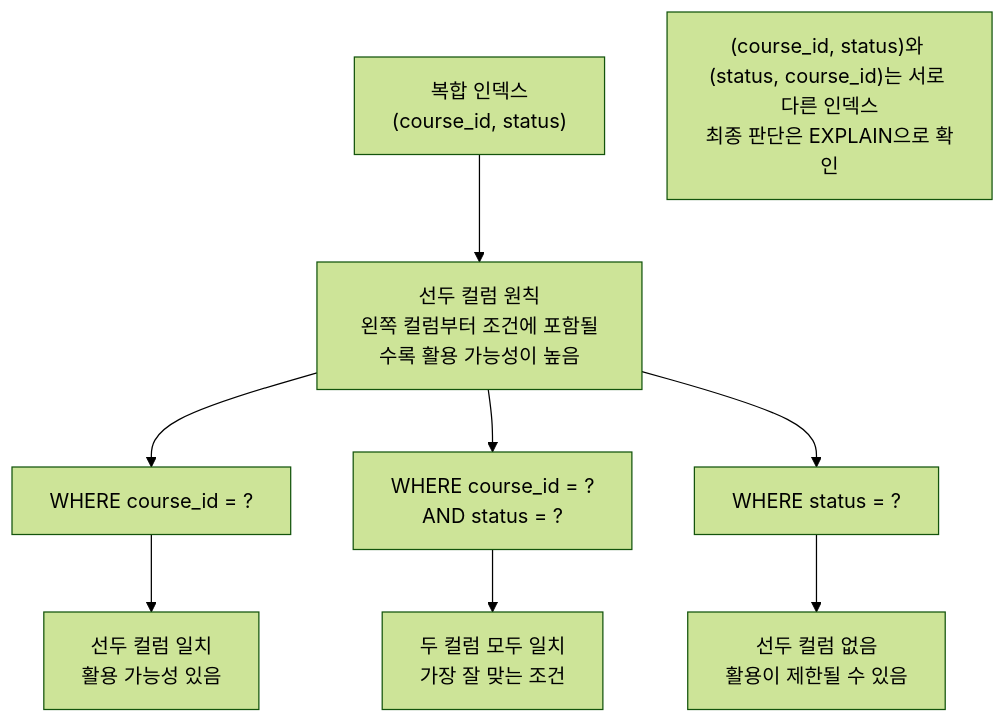
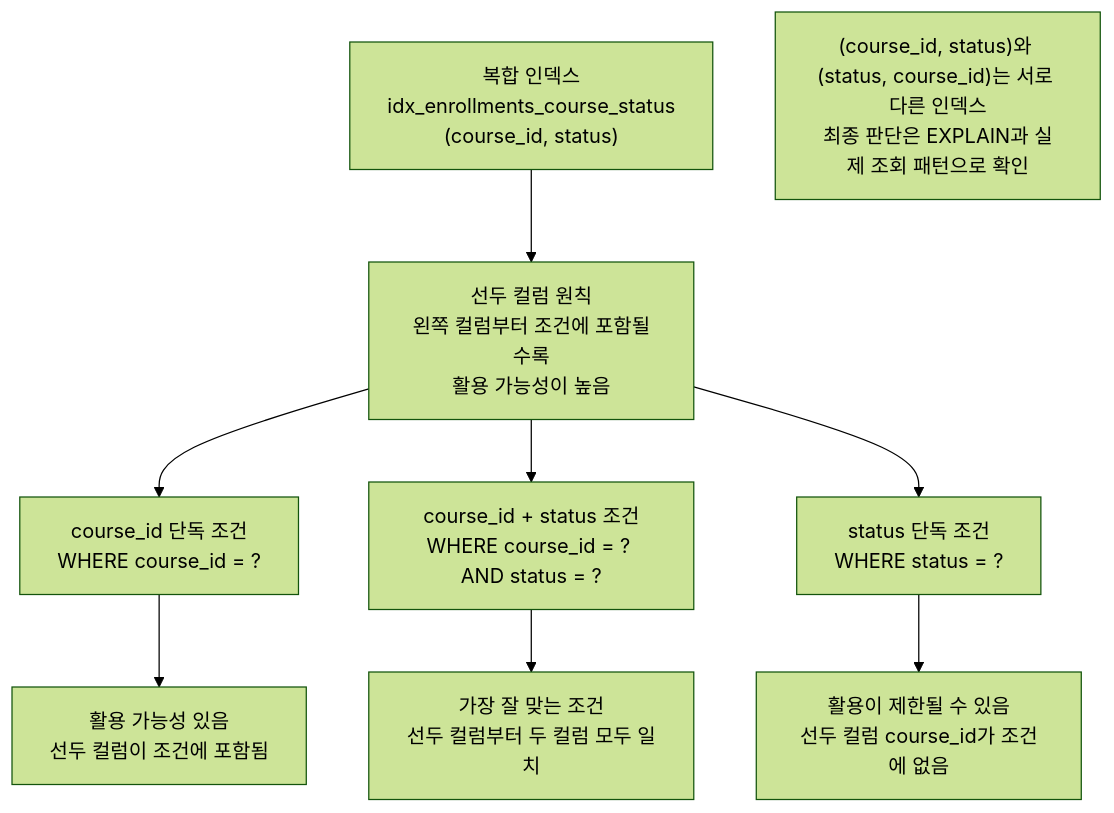
Before and after one commit to GilbertMoon/ai-database-book: the diagram in images/chapter10/ch10_06_composite_index_order.mmd, drawn with Mermaid (forest theme).

Commit message:
Sync Mermaid source for Chapter 10 composite index order

```diff
--- a/images/chapter10/ch10_06_composite_index_order.mmd
+++ b/images/chapter10/ch10_06_composite_index_order.mmd
@@ -1,13 +1,13 @@
 flowchart TB
-    A["복합 인덱스<br/>(course_id, status)"] --> P["선두 컬럼 원칙<br/>왼쪽 컬럼부터 조건에 포함될수록 활용 가능성이 높음"]
+    A["복합 인덱스<br/>idx_enrollments_course_status<br/>(course_id, status)"] --> P["선두 컬럼 원칙<br/>왼쪽 컬럼부터 조건에 포함될수록<br/>활용 가능성이 높음"]
 
-    P --> B["WHERE course_id = ?"]
-    B --> B2["선두 컬럼 일치<br/>활용 가능성 있음"]
+    P --> B["course_id 단독 조건<br/>WHERE course_id = ?"]
+    B --> B2["활용 가능성 있음<br/>선두 컬럼이 조건에 포함됨"]
 
-    P --> C["WHERE course_id = ?<br/>AND status = ?"]
-    C --> C2["두 컬럼 모두 일치<br/>가장 잘 맞는 조건"]
+    P --> C["course_id + status 조건<br/>WHERE course_id = ? AND status = ?"]
+    C --> C2["가장 잘 맞는 조건<br/>선두 컬럼부터 두 컬럼 모두 일치"]
 
-    P --> D["WHERE status = ?"]
-    D --> D2["선두 컬럼 없음<br/>활용이 제한될 수 있음"]
+    P --> D["status 단독 조건<br/>WHERE status = ?"]
+    D --> D2["활용이 제한될 수 있음<br/>선두 컬럼 course_id가 조건에 없음"]
 
-    N["(course_id, status)와 (status, course_id)는 서로 다른 인덱스<br/>최종 판단은 EXPLAIN으로 확인"]
+    N["(course_id, status)와 (status, course_id)는 서로 다른 인덱스<br/>최종 판단은 EXPLAIN과 실제 조회 패턴으로 확인"]
```
